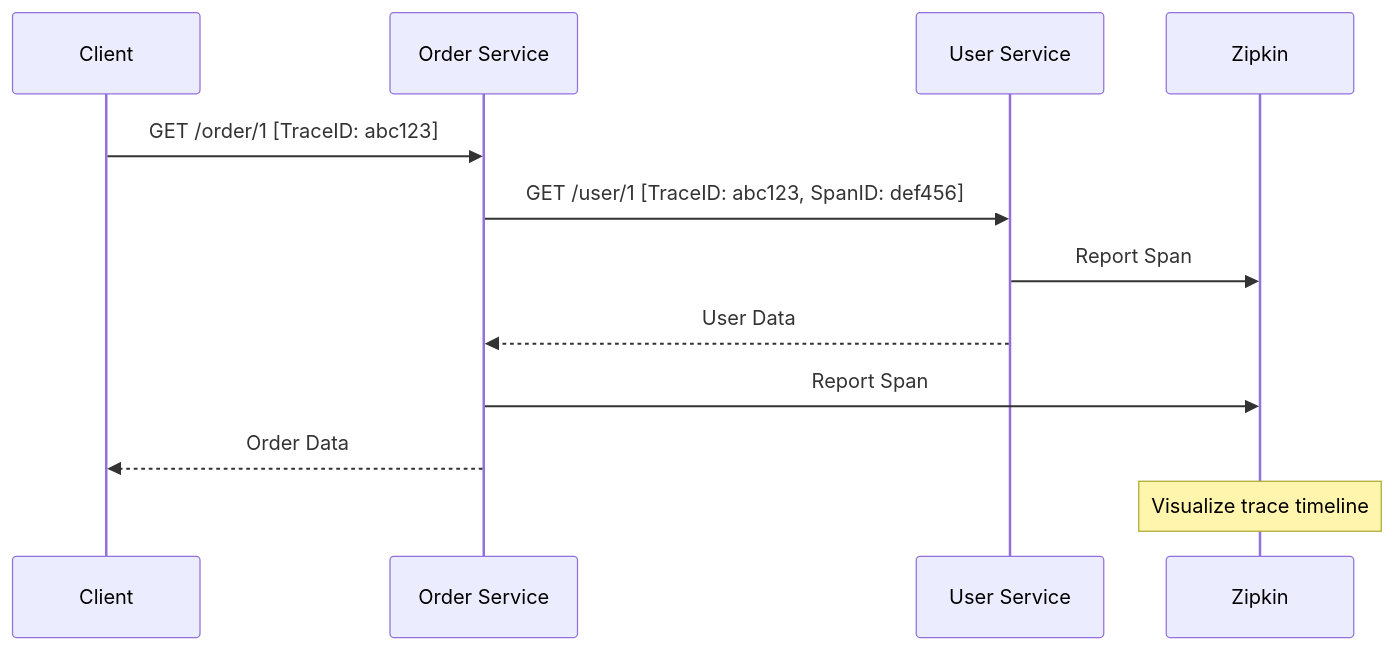
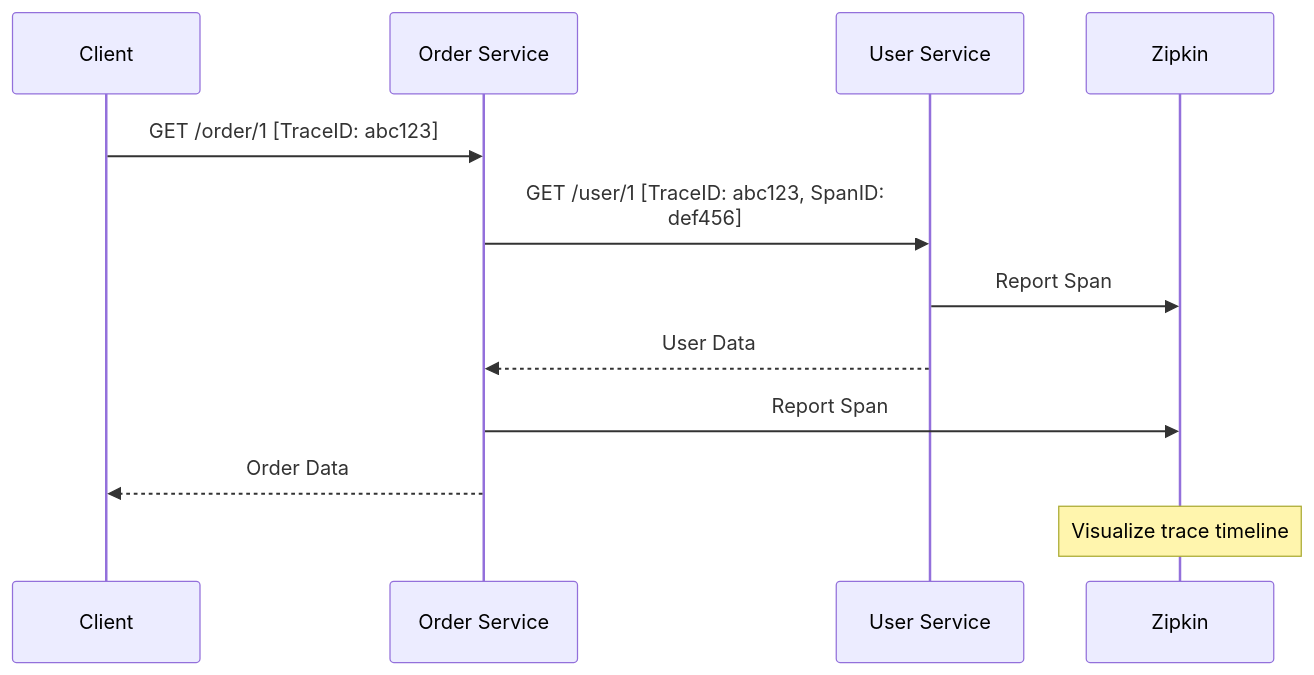
Before and after one commit to wahidyankf/baseerah: the fifth of 13 diagrams in apps/ayokoding-web/content/en/learn/software-engineering/platforms/web/tools/jvm-spring-boot/by-example/advanced.md, drawn with Mermaid. The commit also changed 17 other files, not shown here.

First line of the commit message:
fix(ci): scope pre-push mermaid check to governance + docs dirs

````diff
--- a/apps/ayokoding-web/content/en/learn/software-engineering/platforms/web/tools/jvm-spring-boot/by-example/advanced.md
+++ b/apps/ayokoding-web/content/en/learn/software-engineering/platforms/web/tools/jvm-spring-boot/by-example/advanced.md
@@ -1290,17 +1290,17 @@
 ```mermaid
 %% Color Palette: Blue #0173B2, Orange #DE8F05, Teal #029E73, Purple #CC78BC, Brown #CA9161
 sequenceDiagram
     participant C as Client
     participant O as Order Service
     participant U as User Service
     participant Z as Zipkin
 
     C->>O: GET /order/1 [TraceID: abc123]
-    O->>U: GET /user/1 [TraceID: abc123, SpanID: def456]
+    O->>U: GET /user/1 [TraceID: abc123, SpanID:<br/>def456]
     U->>Z: Report Span
     U-->>O: User Data
     O->>Z: Report Span
     O-->>C: Order Data
 
     Note over Z: Visualize trace timeline
 ```
````
